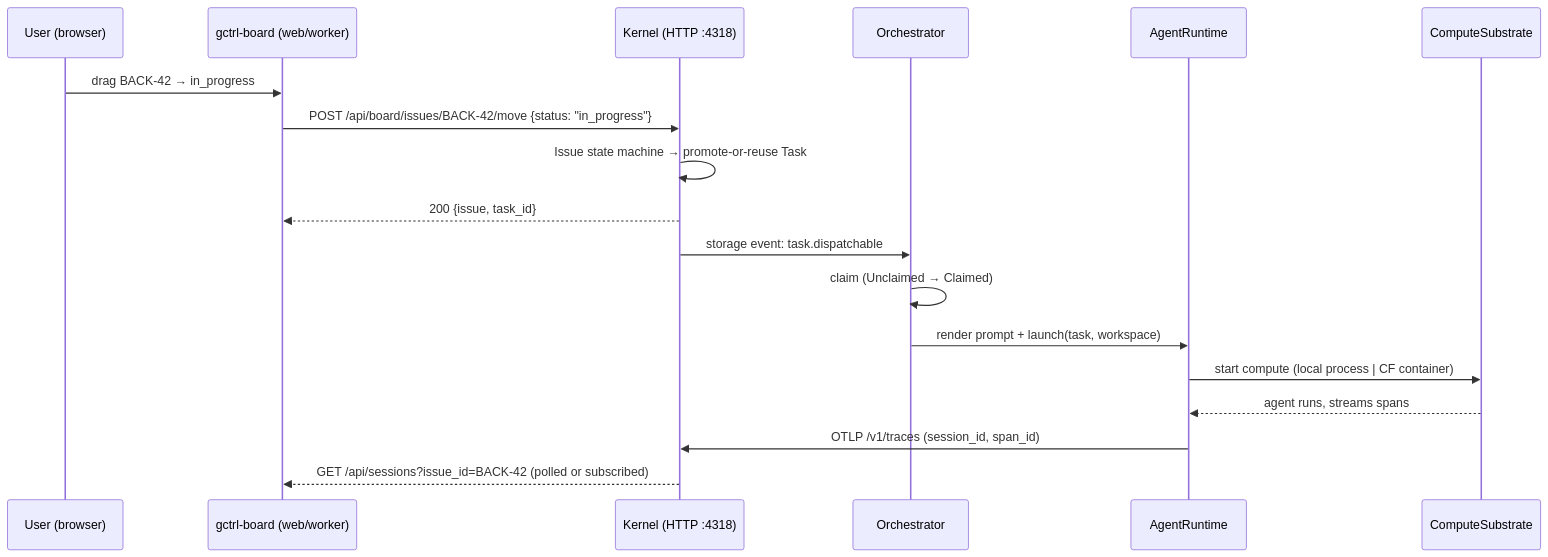
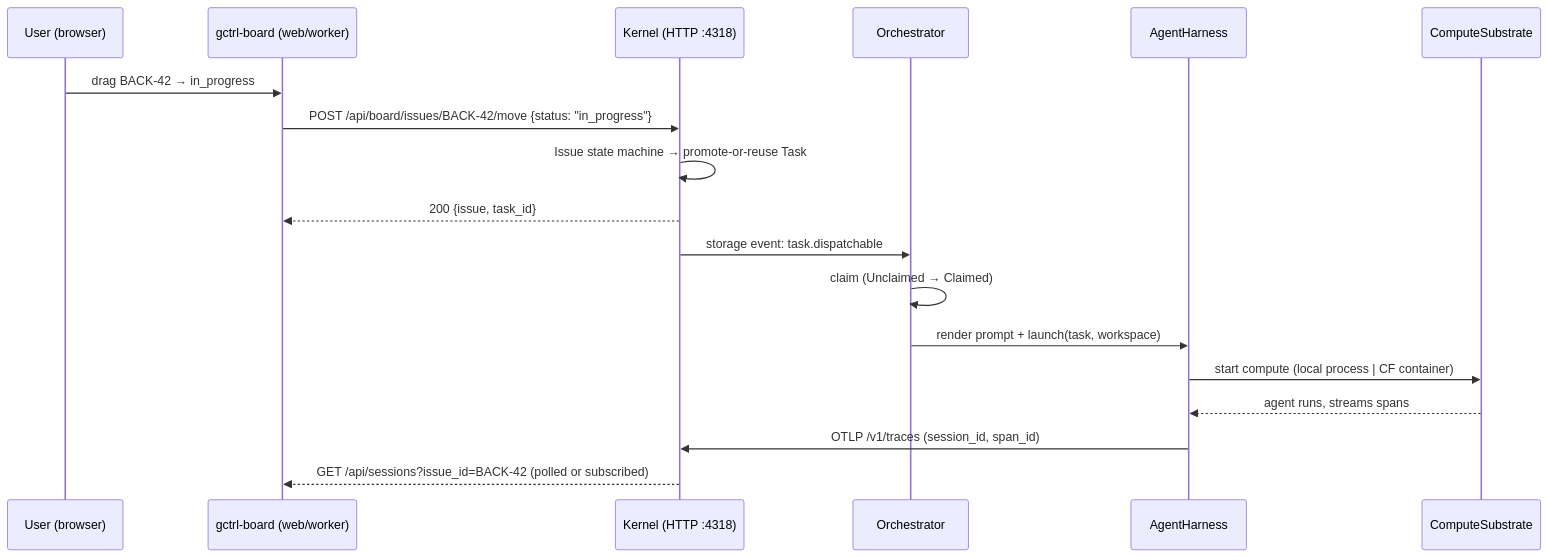
Before and after one commit to OpenHackersClub/gctrl: the diagram in vault/specs/architecture/session-trigger-from-board.md, drawn with Mermaid. The commit also changed other lines of this file and 11 other files, not shown here.

````diff
--- a/vault/specs/architecture/session-trigger-from-board.md
+++ b/vault/specs/architecture/session-trigger-from-board.md
@@ -38,21 +38,21 @@
 ```mermaid
 sequenceDiagram
     participant U as User (browser)
     participant B as gctrl-board (web/worker)
     participant K as Kernel (HTTP :4318)
     participant O as Orchestrator
-    participant R as AgentRuntime
+    participant R as AgentHarness
     participant C as ComputeSubstrate
 
     U->>B: drag BACK-42 → in_progress
     B->>K: POST /api/board/issues/BACK-42/move {status: "in_progress"}
     K->>K: Issue state machine → promote-or-reuse Task
     K-->>B: 200 {issue, task_id}
     K->>O: storage event: task.dispatchable
     O->>O: claim (Unclaimed → Claimed)
     O->>R: render prompt + launch(task, workspace)
     R->>C: start compute (local process | CF container)
     C-->>R: agent runs, streams spans
     R->>K: OTLP /v1/traces (session_id, span_id)
     K-->>B: GET /api/sessions?issue_id=BACK-42 (polled or subscribed)
 ```
````
